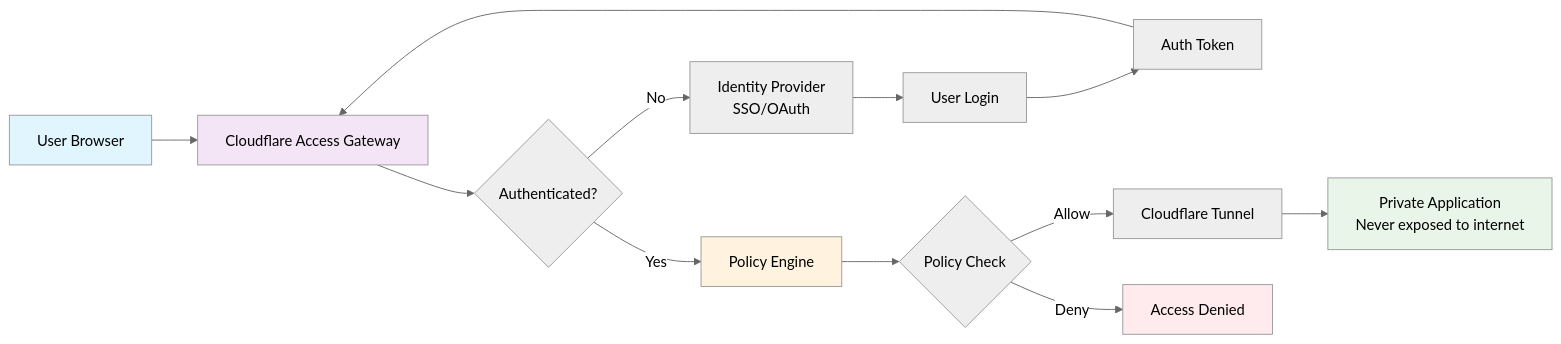
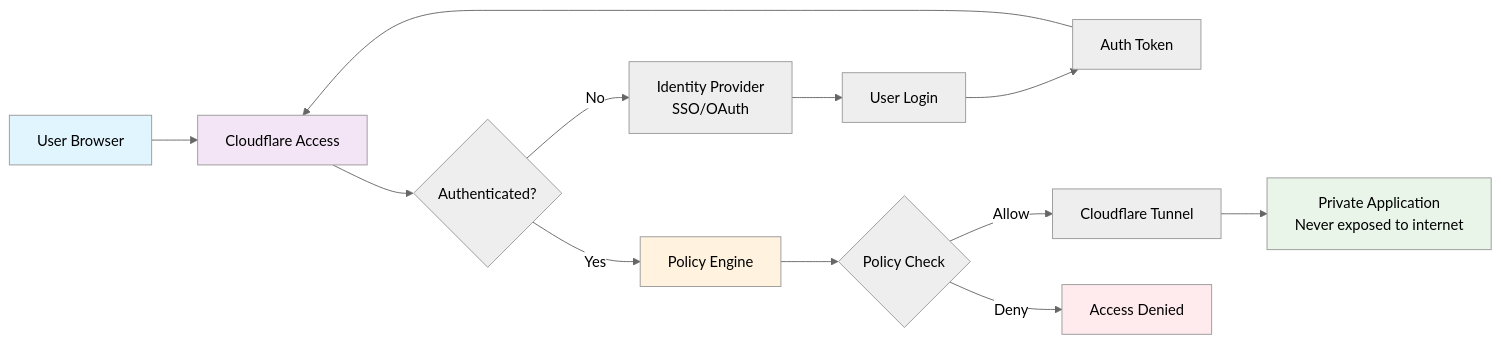
Before and after one commit to brodul/zerotrust_presentation: the diagram in cloudflare-ztna.mmd, drawn with Mermaid (neutral theme). The commit also changed 15 other files, not shown here.

```diff
--- a/cloudflare-ztna.mmd
+++ b/cloudflare-ztna.mmd
@@ -1,18 +1,18 @@
 graph LR
-    A[User Browser] --> B[Cloudflare Access Gateway]
+    A[User Browser] --> B[Cloudflare Access]
     B --> C{Authenticated?}
     C -->|No| D[Identity Provider<br/>SSO/OAuth]
     D --> E[User Login]
     E --> F[Auth Token]
     F --> B
     C -->|Yes| G[Policy Engine]
     G --> H{Policy Check}
     H -->|Allow| I[Cloudflare Tunnel]
     H -->|Deny| J[Access Denied]
     I --> K[Private Application<br/>Never exposed to internet]
     
     style A fill:#e1f5fe
     style B fill:#f3e5f5
     style G fill:#fff3e0
     style K fill:#e8f5e8
     style J fill:#ffebee
```
